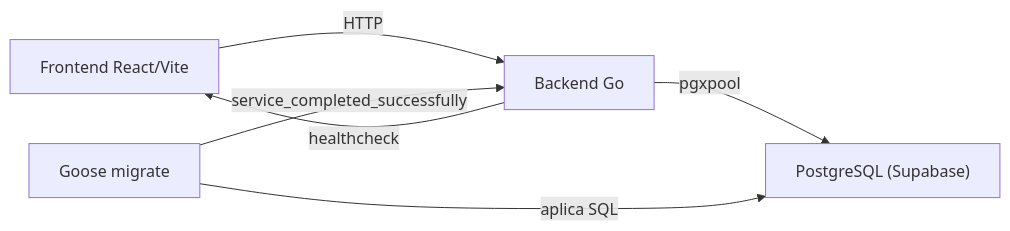
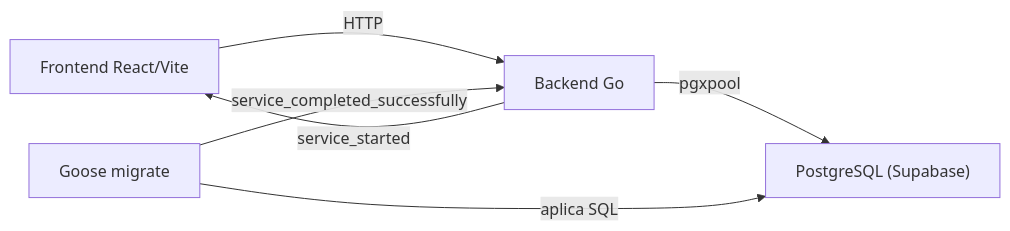
The first of 2 diagrams in docs/architecture.md (LoteoApp/LoteosAPP), drawn with Mermaid before and after one commit. The commit also changed other lines of this file and 25 other files, not shown here.

````diff
--- a/docs/architecture.md
+++ b/docs/architecture.md
@@ -20,8 +20,8 @@
 ```mermaid
 flowchart LR
     frontend["Frontend React/Vite"] -->|HTTP| backend["Backend Go"]
     backend -->|pgxpool| db["PostgreSQL (Supabase)"]
     migrate["Goose migrate"] -->|aplica SQL| db
     migrate -->|service_completed_successfully| backend
-    backend -->|healthcheck| frontend
+    backend -->|service_started| frontend
 ```
````
